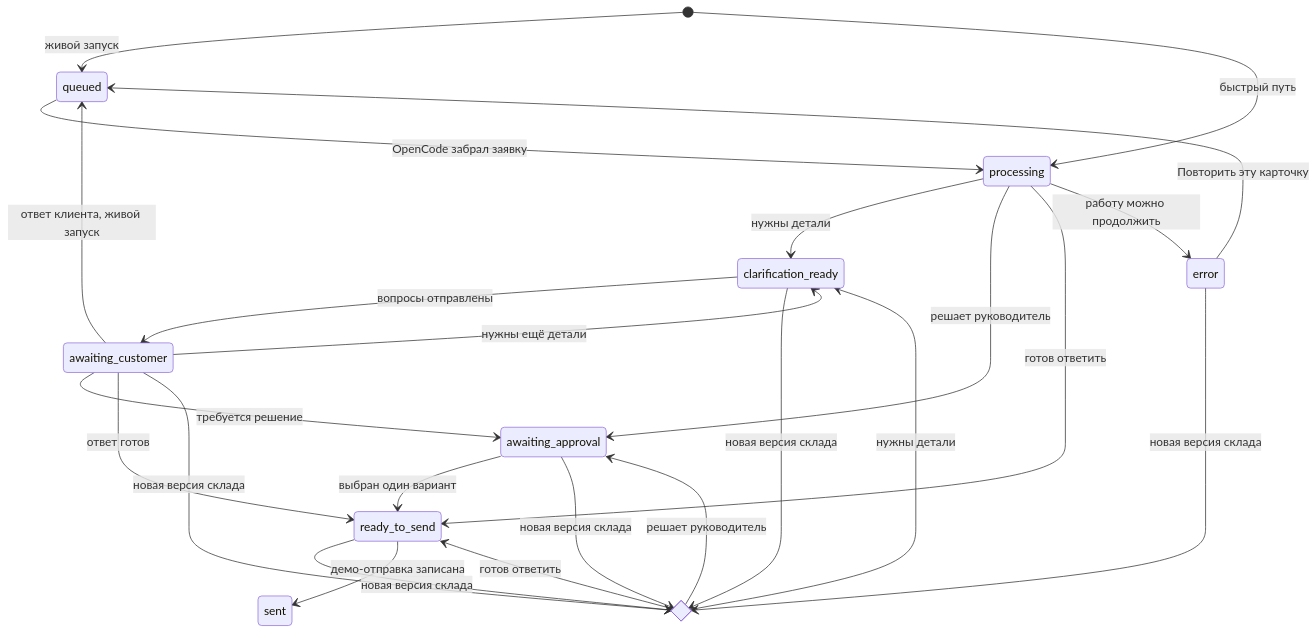
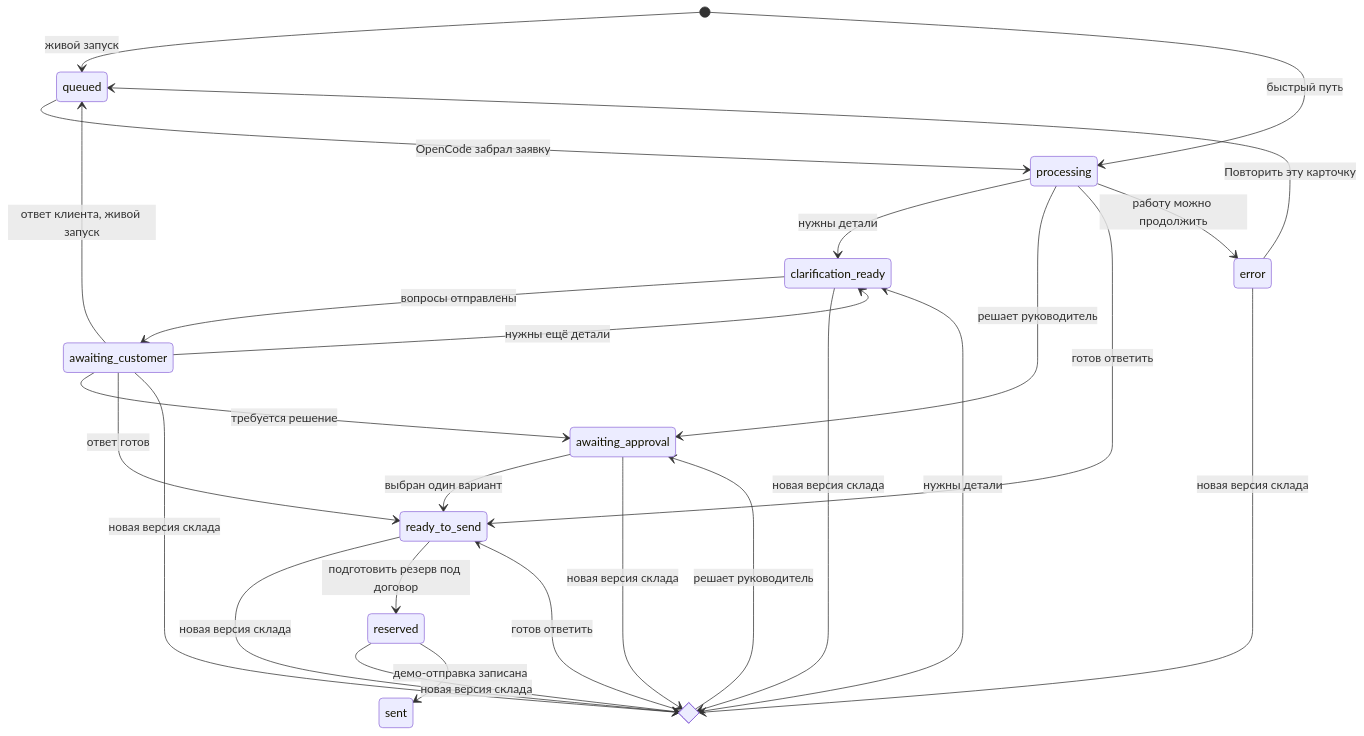
Before and after one commit to Matrix6892/Pilot_webinars: the second of 2 diagrams in docs/ARCHITECTURE-AND-WEBINAR.md, drawn with Mermaid. The commit also changed other lines of this file and 8 other files, not shown here.

Commit message:
Add contract reserve to webinar order flow

````diff
--- a/docs/ARCHITECTURE-AND-WEBINAR.md
+++ b/docs/ARCHITECTURE-AND-WEBINAR.md
@@ -588,30 +589,32 @@
 ```mermaid
 stateDiagram-v2
     [*] --> queued: живой запуск
     [*] --> processing: быстрый путь
     queued --> processing: OpenCode забрал заявку
 
     processing --> clarification_ready: нужны детали
     processing --> awaiting_approval: решает руководитель
     processing --> ready_to_send: готов ответить
     processing --> error: работу можно продолжить
     error --> queued: Повторить эту карточку
 
     clarification_ready --> awaiting_customer: вопросы отправлены
     awaiting_customer --> queued: ответ клиента, живой запуск
     awaiting_customer --> clarification_ready: нужны ещё детали
     awaiting_customer --> awaiting_approval: требуется решение
     awaiting_customer --> ready_to_send: ответ готов
 
     awaiting_approval --> ready_to_send: выбран один вариант
     state recalc_result <<choice>>
     clarification_ready --> recalc_result: новая версия склада
     awaiting_customer --> recalc_result: новая версия склада
     awaiting_approval --> recalc_result: новая версия склада
     ready_to_send --> recalc_result: новая версия склада
+    reserved --> recalc_result: новая версия склада
     error --> recalc_result: новая версия склада
     recalc_result --> clarification_ready: нужны детали
     recalc_result --> awaiting_approval: решает руководитель
     recalc_result --> ready_to_send: готов ответить
-    ready_to_send --> sent: демо-отправка записана
+    ready_to_send --> reserved: подготовить резерв под договор
+    reserved --> sent: демо-отправка записана
 ```
````
